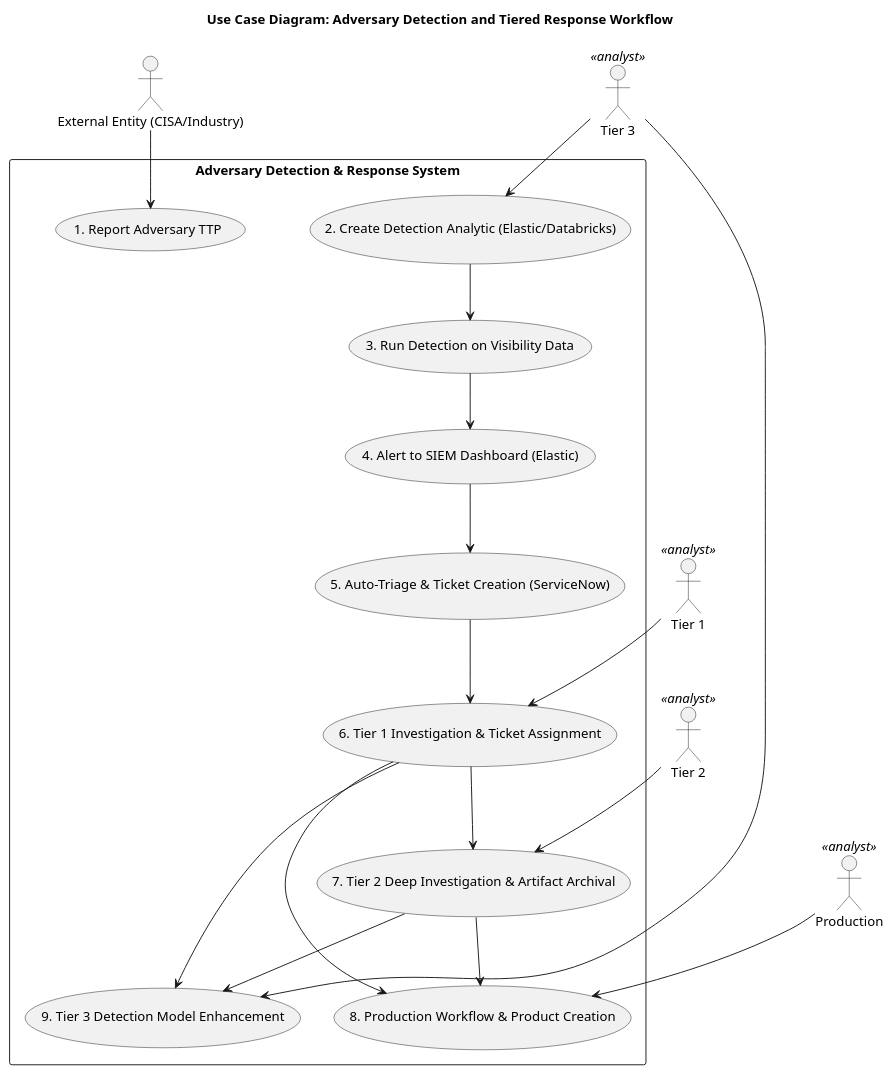
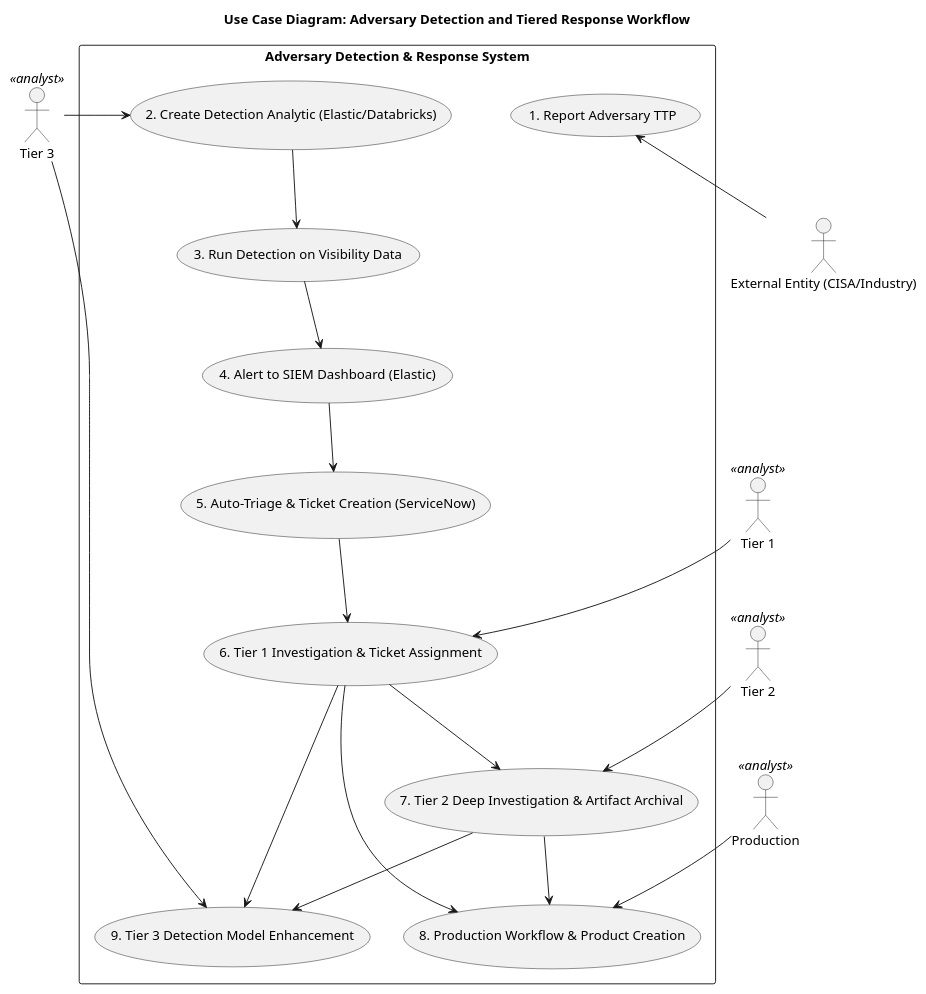
One commit to drkiettran/use_cases_and_workflow_2025 changed the first of 2 diagrams in target/classes/cisa_use_cases_and_workflows_2025/uc_1_persistent_hunt/uc_1_use_case_diagram.plantuml. Above: the diagram before and after it, drawn with PlantUML. The commit also changed 12 other files, not shown here.

```diff
--- a/target/classes/cisa_use_cases_and_workflows_2025/uc_1_persistent_hunt/uc_1_use_case_diagram.plantuml
+++ b/target/classes/cisa_use_cases_and_workflows_2025/uc_1_persistent_hunt/uc_1_use_case_diagram.plantuml
@@ -1,45 +1,45 @@
 @startuml
 	title Use Case Diagram: Adversary Detection and Tiered Response Workflow
 	'left to right direction
 	' SIEM: Security Information & Event Management. 
 	' SIEM helps detect, analyze, & respond to security threats
 		
 	actor "External Entity (CISA/Industry)" as External
 	actor "Tier 3" <<analyst>> as T3
 	actor "Tier 2" <<analyst>> as T2
 	actor "Tier 1" <<analyst>> as T1
 	actor "Production" <<analyst>> as Prod
 	
 	rectangle "Adversary Detection & Response System" {
 	  
 	  usecase "1. Report Adversary TTP" as UC1
 	  usecase "2. Create Detection Analytic (Elastic/Databricks)" as UC2
 	  usecase "3. Run Detection on Visibility Data" as UC3
 	  usecase "4. Alert to SIEM Dashboard (Elastic)" as UC4
 	  usecase "5. Auto-Triage & Ticket Creation (ServiceNow)" as UC5
 	  usecase "6. Tier 1 Investigation & Ticket Assignment" as UC6
 	  usecase "7. Tier 2 Deep Investigation & Artifact Archival" as UC7
 	  usecase "8. Production Workflow & Product Creation" as UC8
 	  usecase "9. Tier 3 Detection Model Enhancement" as UC9
 	}
 	
 	' Associations
-	External --> UC1
-	T3 --> UC2
+	External -up-> UC1
+	T3 -right-> UC2
 	UC2 --> UC3
 	UC3 --> UC4
 	UC4 --> UC5
 	
 	T1 --> UC6
 	T2 --> UC7
 	Prod --> UC8
 	T3 --> UC9
 	
 	UC5 --> UC6
 	UC6 --> UC7
 	UC6 --> UC8
 	UC6 --> UC9
 	UC7 --> UC8
 	UC7 --> UC9
 
 @enduml
```
